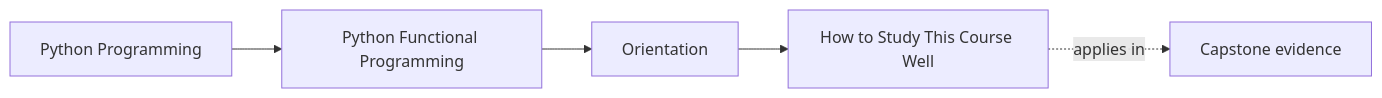
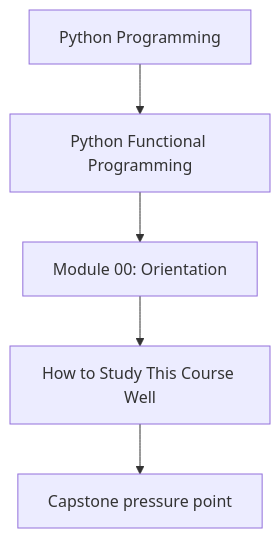
One commit to bijux/bijux-masterclass changed the first of 2 diagrams in programs/python-programming/python-functional-programming/course-book/module-00-orientation/how-to-study-this-course.md. Above: the diagram before and after it, drawn with Mermaid. The commit also changed other lines of this file and 118 other files, not shown here.

Commit message:
docs(python-functional-programming): align concept page diagrams

````diff
--- a/programs/python-programming/python-functional-programming/course-book/module-00-orientation/how-to-study-this-course.md
+++ b/programs/python-programming/python-functional-programming/course-book/module-00-orientation/how-to-study-this-course.md
@@ -7,11 +7,7 @@
 ```mermaid
-graph LR
-  family["Python Programming"]
-  program["Python Functional Programming"]
-  section["Orientation"]
-  page["How to Study This Course Well"]
-  capstone["Capstone evidence"]
-
-  family --> program --> section --> page
-  page -.applies in.-> capstone
+flowchart TD
+  family["Python Programming"] --> program["Python Functional Programming"]
+  program --> module["Module 00: Orientation"]
+  module --> concept["How to Study This Course Well"]
+  concept --> capstone["Capstone pressure point"]
 ```
````
